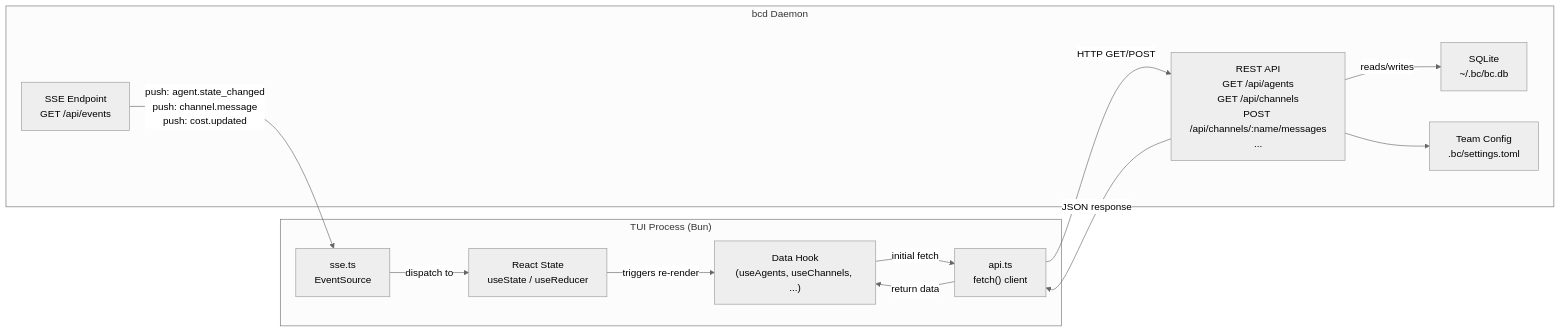
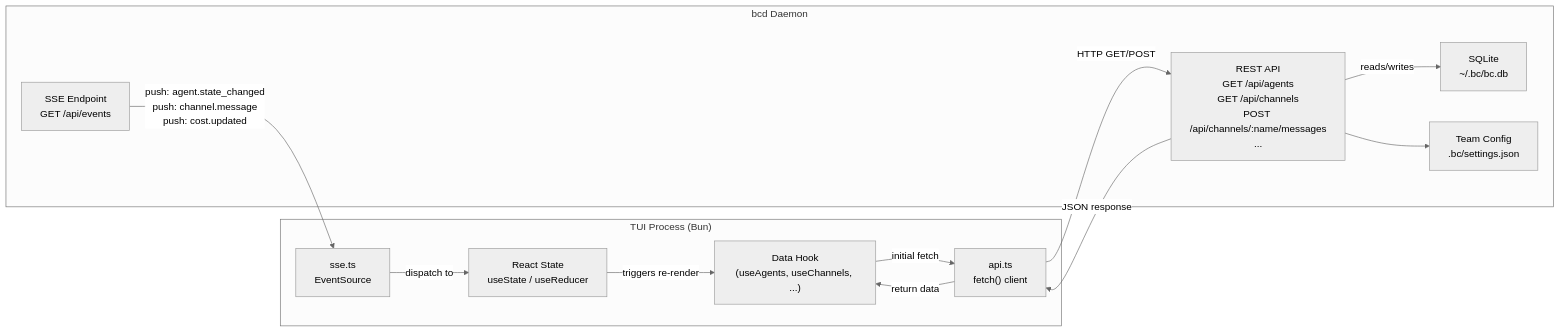
Before and after one commit to gh-curious-otter/bc: the fifth of 7 diagrams in docs/explanation/tui.md, drawn with Mermaid (neutral theme). The commit also changed other lines of this file and 44 other files, not shown here.

First line of the commit message:
chore: clean up all stale config references — TOML → JSON (#2796)

````diff
--- a/docs/explanation/tui.md
+++ b/docs/explanation/tui.md
@@ -336,28 +336,28 @@
 ```mermaid
 flowchart LR
     subgraph TUI["TUI Process (Bun)"]
         Hook["Data Hook\n(useAgents, useChannels, ...)"]
         Client["api.ts\nfetch() client"]
         SSEClient["sse.ts\nEventSource"]
         ReactState["React State\nuseState / useReducer"]
     end
 
     subgraph Daemon["bcd Daemon"]
         REST["REST API\nGET /api/agents\nGET /api/channels\nPOST /api/channels/:name/messages\n..."]
         Events["SSE Endpoint\nGET /api/events"]
         DB["SQLite\n~/.bc/bc.db"]
-        TeamDB["Team Config\n.bc/settings.toml"]
+        TeamDB["Team Config\n.bc/settings.json"]
     end
 
     Hook -->|"initial fetch"| Client
     Client -->|"HTTP GET/POST"| REST
     REST -->|"reads/writes"| DB
     REST -->|"JSON response"| Client
     Client -->|"return data"| Hook
 
     Events -->|"push: agent.state_changed\npush: channel.message\npush: cost.updated"| SSEClient
     SSEClient -->|"dispatch to"| ReactState
     ReactState -->|"triggers re-render"| Hook
 
     REST --> TeamDB
 ```
````
